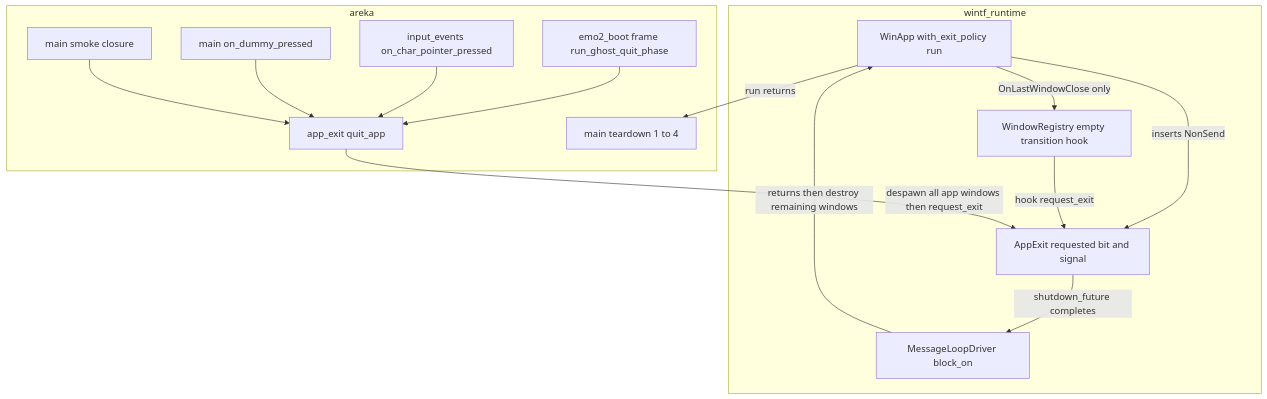
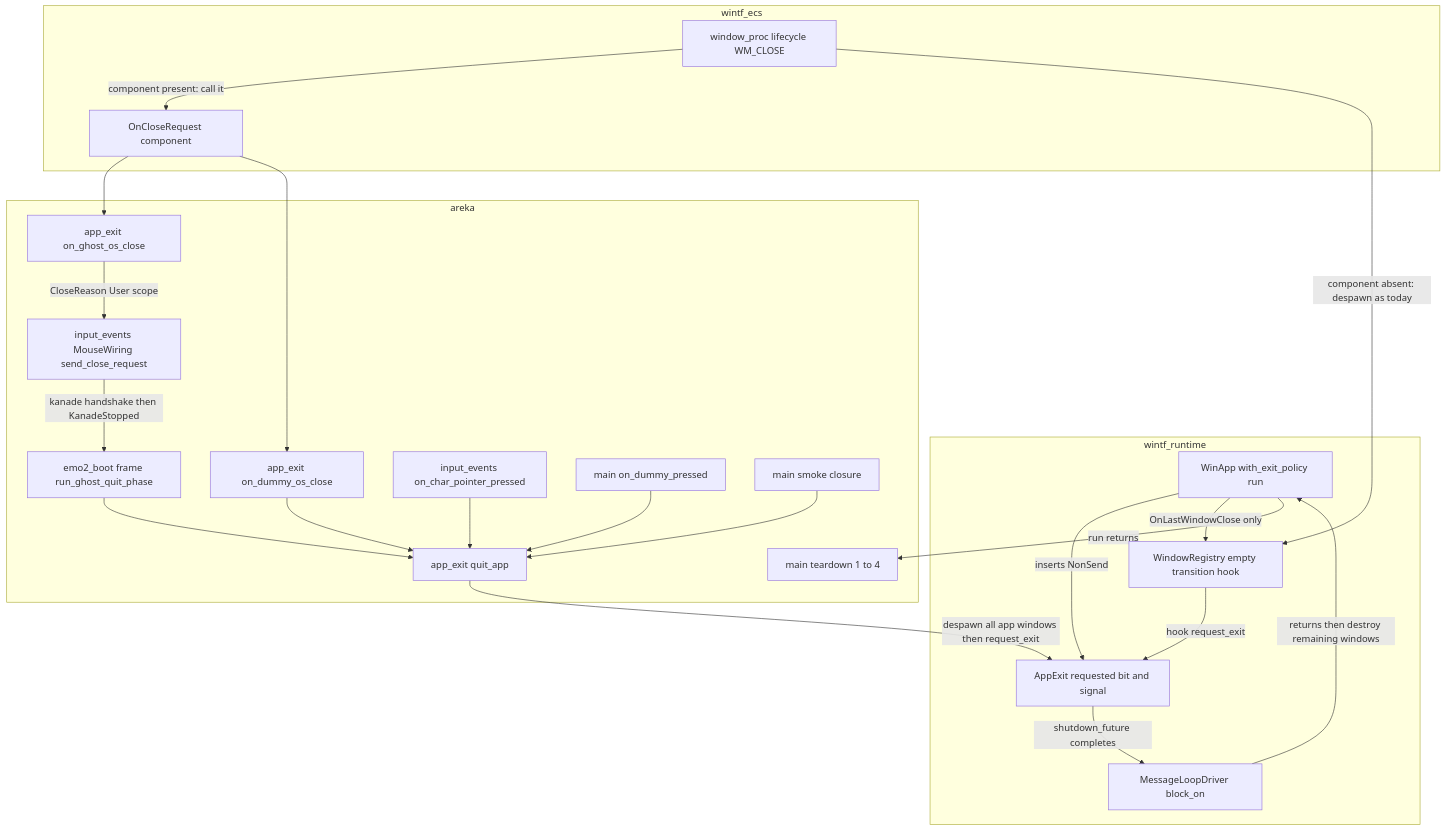
One commit to ekicyou/areka changed the first of 4 diagrams in .kiro/specs/areka-P0-app-lifetime-separation/design.md. Above: the diagram before and after it, drawn with Mermaid. The commit also changed other lines of this file and 1 other file, not shown here.

First line of the commit message:
docs(areka-P0-app-lifetime-separation): resolve design discussion #1 - OS の閉鎖要求（Alt+F4/taskkill）を 7 種目の正規の終了操作にする（裁定 3）

````diff
--- a/.kiro/specs/areka-P0-app-lifetime-separation/design.md
+++ b/.kiro/specs/areka-P0-app-lifetime-separation/design.md
@@ -73,28 +77,42 @@
 ```mermaid
 graph TB
     subgraph wintf_runtime
         WinApp[WinApp with_exit_policy run]
         AppExit[AppExit requested bit and signal]
         Registry[WindowRegistry empty transition hook]
         Loop[MessageLoopDriver block_on]
     end
+    subgraph wintf_ecs
+        Close[window_proc lifecycle WM_CLOSE]
+        Hook[OnCloseRequest component]
+    end
     subgraph areka
         Quit[app_exit quit_app]
+        OsGhost[app_exit on_ghost_os_close]
+        OsDummy[app_exit on_dummy_os_close]
+        Wiring[input_events MouseWiring send_close_request]
         Frame[emo2_boot frame run_ghost_quit_phase]
         Escape[input_events on_char_pointer_pressed]
         Dummy[main on_dummy_pressed]
         Smoke[main smoke closure]
         Main[main teardown 1 to 4]
     end
     WinApp -->|inserts NonSend| AppExit
     WinApp -->|OnLastWindowClose only| Registry
     Registry -->|hook request_exit| AppExit
     AppExit -->|shutdown_future completes| Loop
     Loop -->|returns then destroy remaining windows| WinApp
     WinApp -->|run returns| Main
     Frame --> Quit
     Escape --> Quit
     Dummy --> Quit
     Smoke --> Quit
     Quit -->|despawn all app windows then request_exit| AppExit
+    Close -->|component present: call it| Hook
+    Close -->|component absent: despawn as today| Registry
+    Hook --> OsGhost
+    Hook --> OsDummy
+    OsGhost -->|CloseReason User scope| Wiring
+    Wiring -->|kanade handshake then KanadeStopped| Frame
+    OsDummy --> Quit
 ```
````
